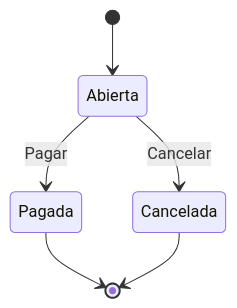
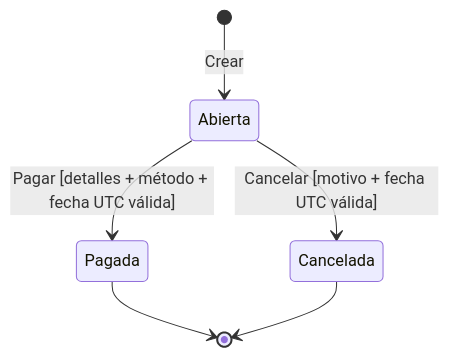
One commit to JaviZ28/Restaurante-Servidores changed the first of 2 diagrams in docs/modelo-dominio.md. Above: the diagram before and after it, drawn with Mermaid. The commit also changed other lines of this file and 97 other files, not shown here.

````diff
--- a/docs/modelo-dominio.md
+++ b/docs/modelo-dominio.md
@@ -41,8 +75,8 @@
 ```mermaid
 stateDiagram-v2
-    [*] --> Abierta
-    Abierta --> Pagada : Pagar
-    Abierta --> Cancelada : Cancelar
+    [*] --> Abierta: Crear
+    Abierta --> Pagada: Pagar [detalles + método + fecha UTC válida]
+    Abierta --> Cancelada: Cancelar [motivo + fecha UTC válida]
     Pagada --> [*]
     Cancelada --> [*]
 ```
````
